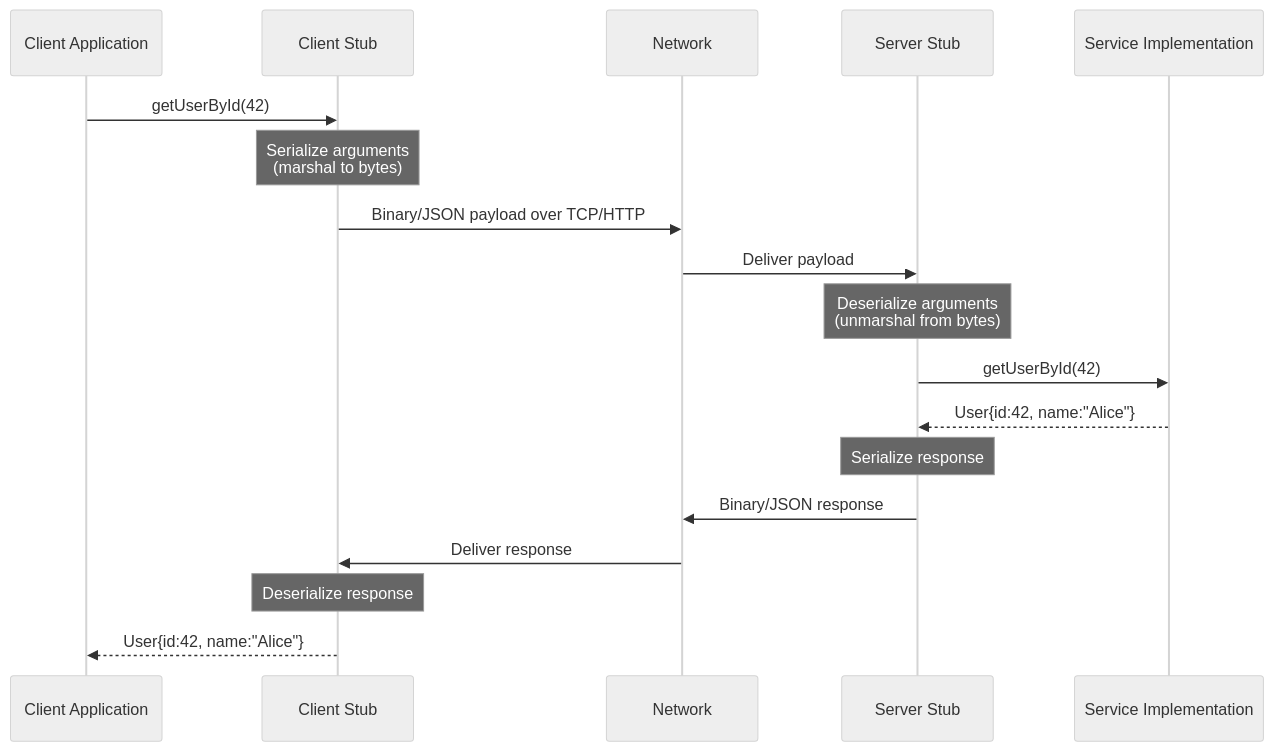
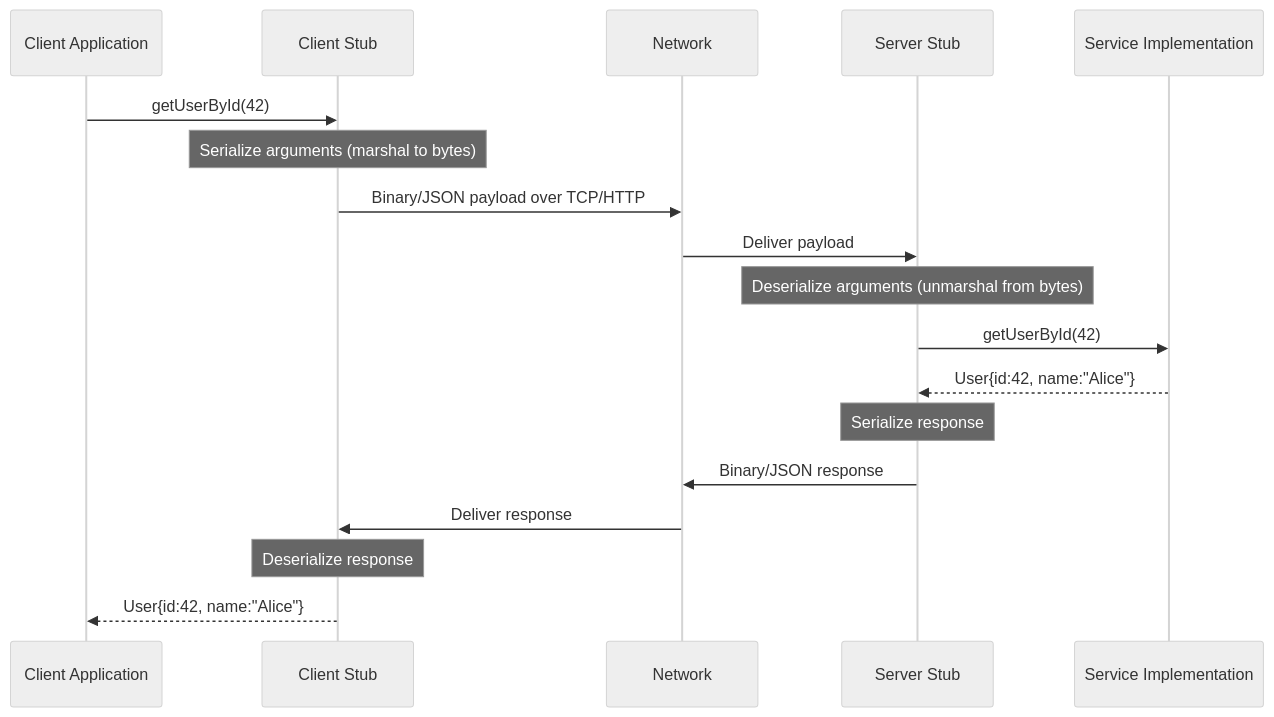
Before and after one commit to bachdx2812/dev-learning-hub: the third of 6 diagrams in system-design/part-2-building-blocks/ch12-communication-protocols.md, drawn with Mermaid (neutral theme). The commit also changed 11 other files, not shown here.

First line of the commit message:
fix: resolve Mermaid rendering issues and broken links

````diff
--- a/system-design/part-2-building-blocks/ch12-communication-protocols.md
+++ b/system-design/part-2-building-blocks/ch12-communication-protocols.md
@@ -264,24 +264,24 @@
 ```mermaid
 sequenceDiagram
     participant App as Client Application
     participant CS as Client Stub
     participant Net as Network
     participant SS as Server Stub
     participant Svc as Service Implementation
 
     App->>CS: getUserById(42)
-    Note over CS: Serialize arguments<br/>(marshal to bytes)
+    Note over CS: Serialize arguments (marshal to bytes)
     CS->>Net: Binary/JSON payload over TCP/HTTP
 
     Net->>SS: Deliver payload
-    Note over SS: Deserialize arguments<br/>(unmarshal from bytes)
+    Note over SS: Deserialize arguments (unmarshal from bytes)
     SS->>Svc: getUserById(42)
     Svc-->>SS: User{id:42, name:"Alice"}
 
     Note over SS: Serialize response
     SS->>Net: Binary/JSON response
 
     Net->>CS: Deliver response
     Note over CS: Deserialize response
     CS-->>App: User{id:42, name:"Alice"}
 ```
````
